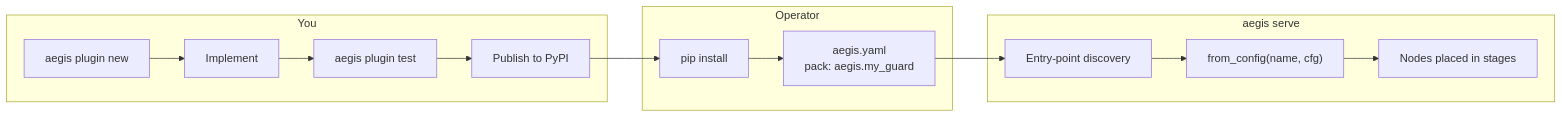
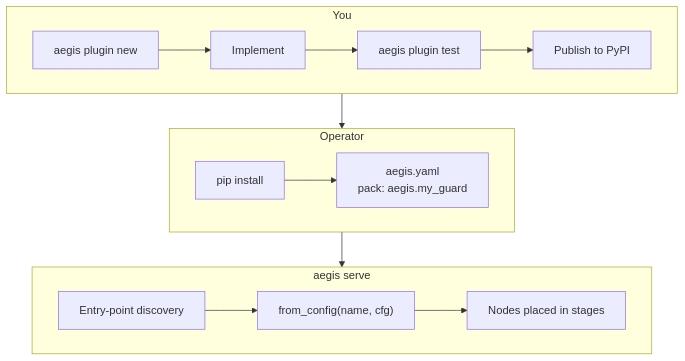
The diagram in docs/develop/plugins.md (e-choness/aegis), drawn with Mermaid before and after one commit. The commit also changed 7 other files, not shown here.

Commit message:
update mermaid version

````diff
--- a/docs/develop/plugins.md
+++ b/docs/develop/plugins.md
@@ -10,14 +10,16 @@
 ```mermaid
-flowchart LR
+flowchart TB
     subgraph AUTHOR[You]
+        direction LR
         NEW[aegis plugin new] --> IMPL[Implement] --> TEST[aegis plugin test] --> PUB[Publish to PyPI]
     end
     subgraph USER[Operator]
+        direction LR
         INST[pip install] --> YAML["aegis.yaml<br/>pack: aegis.my_guard"]
     end
     subgraph RUNTIME[aegis serve]
+        direction LR
         DISC[Entry-point discovery] --> FACT["from_config(name, cfg)"] --> NODES[Nodes placed in stages]
     end
-    PUB --> INST
-    YAML --> DISC
+    AUTHOR --> USER --> RUNTIME
 ```
````
